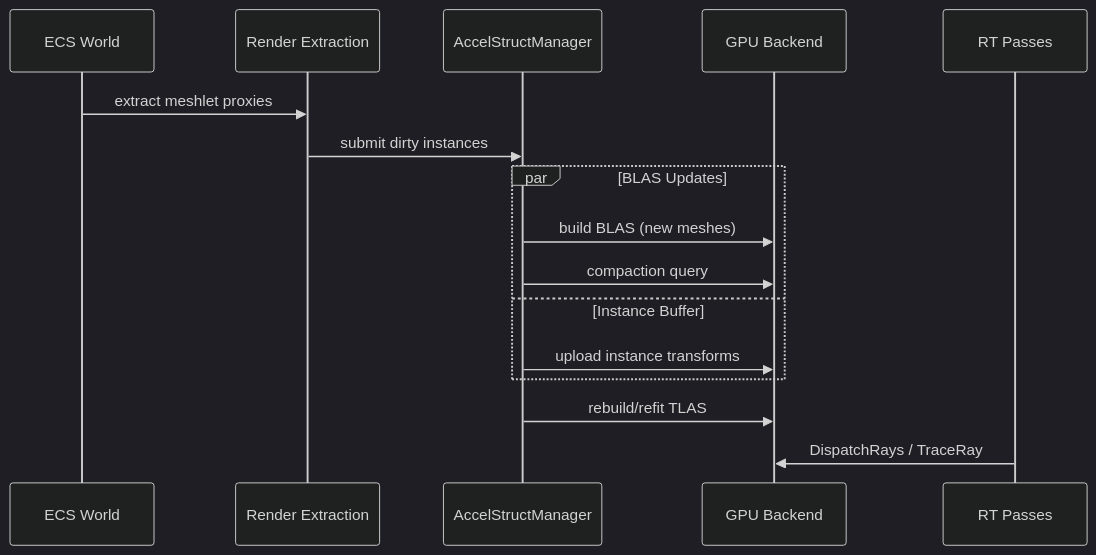
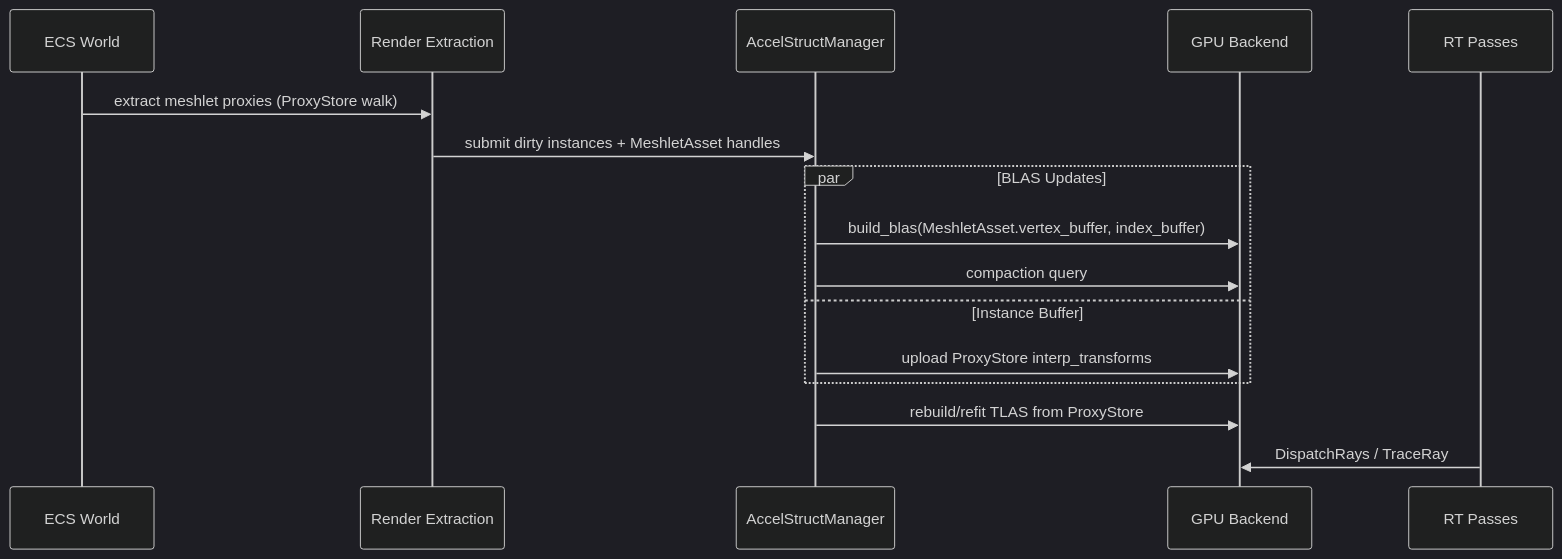
One commit to harmonius-dev/harmonius changed the seventh of 7 diagrams in docs/design/rendering/render-effects.md. Above: the diagram before and after it, drawn with Mermaid (dark theme). The commit also changed other lines of this file and 143 other files, not shown here.

````diff
--- a/docs/design/rendering/render-effects.md
+++ b/docs/design/rendering/render-effects.md
@@ -554,21 +604,21 @@
 ```mermaid
 sequenceDiagram
     participant ECS as ECS World
     participant EXT as Render Extraction
     participant ASM as AccelStructManager
     participant GPU as GPU Backend
     participant RT as RT Passes
 
-    ECS->>EXT: extract meshlet proxies
-    EXT->>ASM: submit dirty instances
+    ECS->>EXT: extract meshlet proxies (ProxyStore walk)
+    EXT->>ASM: submit dirty instances + MeshletAsset handles
 
     par BLAS Updates
-        ASM->>GPU: build BLAS (new meshes)
+        ASM->>GPU: build_blas(MeshletAsset.vertex_buffer, index_buffer)
         ASM->>GPU: compaction query
     and Instance Buffer
-        ASM->>GPU: upload instance transforms
+        ASM->>GPU: upload ProxyStore interp_transforms
     end
 
-    ASM->>GPU: rebuild/refit TLAS
+    ASM->>GPU: rebuild/refit TLAS from ProxyStore
     RT->>GPU: DispatchRays / TraceRay
 ```
````
